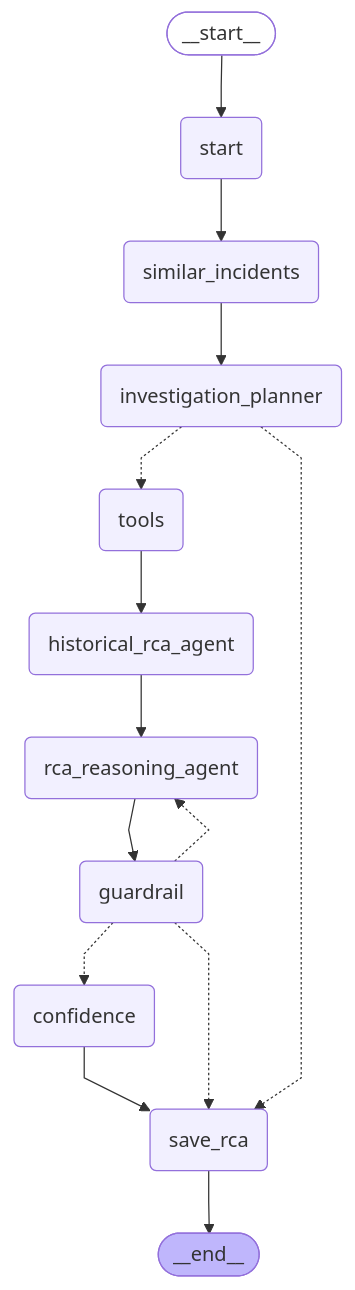
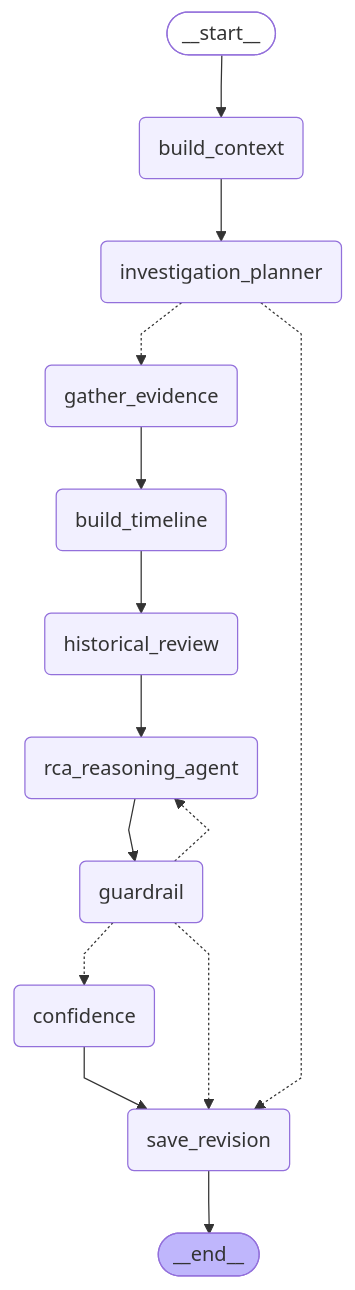
The diagram in diagrams/04-architecture/rca_graph.mmd (cristivalea/root-cause-analysis), drawn with Mermaid before and after one commit. The commit also changed 72 other files, not shown here.

Commit message:
updated the documentation, diagrams, and the readme, and made a few changes to the frontend

```diff
--- a/diagrams/04-architecture/rca_graph.mmd
+++ b/diagrams/04-architecture/rca_graph.mmd
@@ -1,33 +1,33 @@
 ---
 config:
   flowchart:
     curve: linear
 ---
 graph TD;
 	__start__([<p>__start__</p>]):::first
-	start(start)
-	similar_incidents(similar_incidents)
+	build_context(build_context)
 	investigation_planner(investigation_planner)
-	tools(tools)
-	historical_rca_agent(historical_rca_agent)
+	gather_evidence(gather_evidence)
+	build_timeline(build_timeline)
+	historical_review(historical_review)
 	rca_reasoning_agent(rca_reasoning_agent)
 	guardrail(guardrail)
 	confidence(confidence)
-	save_rca(save_rca)
+	save_revision(save_revision)
 	__end__([<p>__end__</p>]):::last
-	__start__ --> start;
-	confidence --> save_rca;
+	__start__ --> build_context;
+	build_context --> investigation_planner;
+	build_timeline --> historical_review;
+	confidence --> save_revision;
+	gather_evidence --> build_timeline;
 	guardrail -.-> confidence;
 	guardrail -.-> rca_reasoning_agent;
-	guardrail -.-> save_rca;
-	historical_rca_agent --> rca_reasoning_agent;
-	investigation_planner -.-> save_rca;
-	investigation_planner -.-> tools;
+	guardrail -.-> save_revision;
+	historical_review --> rca_reasoning_agent;
+	investigation_planner -.-> gather_evidence;
+	investigation_planner -.-> save_revision;
 	rca_reasoning_agent --> guardrail;
-	similar_incidents --> investigation_planner;
-	start --> similar_incidents;
-	tools --> historical_rca_agent;
-	save_rca --> __end__;
+	save_revision --> __end__;
 	classDef default fill:#f2f0ff,line-height:1.2
 	classDef first fill-opacity:0
 	classDef last fill:#bfb6fc
```
